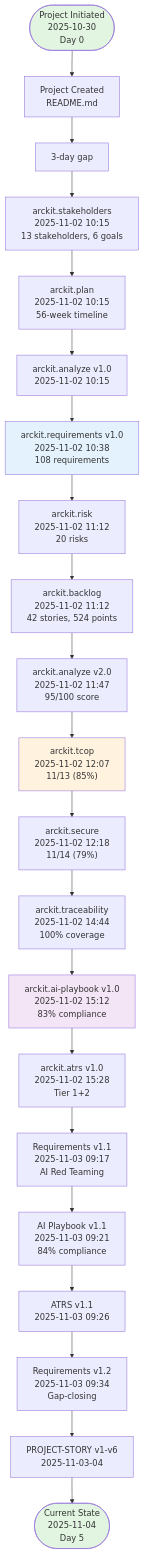
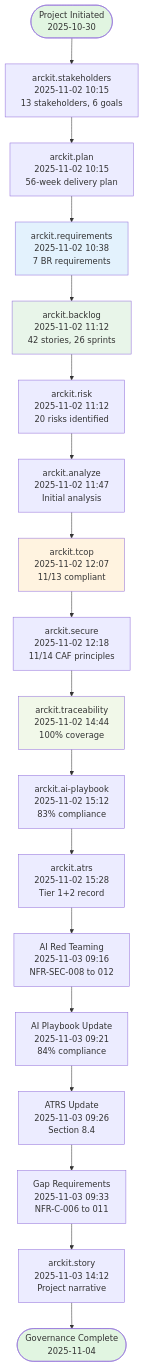
The second of 3 diagrams in projects/001-cabinet-office-genai/PROJECT-STORY.md (tractorjuice/arckit-test-project-v8-cabinet-office-genai), drawn with Mermaid before and after one commit. The commit also changed other lines of this file, not shown here.

First line of the commit message:
feat: PROJECT-STORY.md v7.0 - concise 648-line project story with updated template

````diff
--- a/projects/001-cabinet-office-genai/PROJECT-STORY.md
+++ b/projects/001-cabinet-office-genai/PROJECT-STORY.md
@@ -155,38 +99,37 @@
 ```mermaid
 flowchart TD
-    Start([Project Initiated<br/>2025-10-30<br/>Day 0]) --> README
+    Start(["Project Initiated<br/>2025-10-30"]) --> Stakeholders
 
-    README["Project Created<br/>README.md"] --> Wait[3-day gap]
-    Wait --> Stakeholders
+    Stakeholders["arckit.stakeholders<br/>2025-11-02 10:15<br/>13 stakeholders, 6 goals"] --> Plan
+    Plan["arckit.plan<br/>2025-11-02 10:15<br/>56-week delivery plan"] --> Requirements
 
-    Stakeholders["arckit.stakeholders<br/>2025-11-02 10:15<br/>13 stakeholders, 6 goals"] --> ProjPlan
-    ProjPlan["arckit.plan<br/>2025-11-02 10:15<br/>56-week timeline"] --> Analyze1
-    Analyze1["arckit.analyze v1.0<br/>2025-11-02 10:15"] --> Requirements
+    Requirements["arckit.requirements<br/>2025-11-02 10:38<br/>7 BR requirements"] --> Backlog
+    Backlog["arckit.backlog<br/>2025-11-02 11:12<br/>42 stories, 26 sprints"] --> Risk
+    Risk["arckit.risk<br/>2025-11-02 11:12<br/>20 risks identified"] --> Analyze1
 
-    Requirements["arckit.requirements v1.0<br/>2025-11-02 10:38<br/>108 requirements"] --> Risk
-    Risk["arckit.risk<br/>2025-11-02 11:12<br/>20 risks"] --> Backlog
-    Backlog["arckit.backlog<br/>2025-11-02 11:12<br/>42 stories, 524 points"] --> Analyze2
+    Analyze1["arckit.analyze<br/>2025-11-02 11:47<br/>Initial analysis"] --> TCoP
+    TCoP["arckit.tcop<br/>2025-11-02 12:07<br/>11/13 compliant"] --> Secure
 
-    Analyze2["arckit.analyze v2.0<br/>2025-11-02 11:47<br/>95/100 score"] --> TCoP
-    TCoP["arckit.tcop<br/>2025-11-02 12:07<br/>11/13 (85%)"] --> Secure
-    Secure["arckit.secure<br/>2025-11-02 12:18<br/>11/14 (79%)"] --> Trace
+    Secure["arckit.secure<br/>2025-11-02 12:18<br/>11/14 CAF principles"] --> Trace
+    Trace["arckit.traceability<br/>2025-11-02 14:44<br/>100% coverage"] --> AIPlaybook
 
-    Trace["arckit.traceability<br/>2025-11-02 14:44<br/>100% coverage"] --> AIPlaybook
-    AIPlaybook["arckit.ai-playbook v1.0<br/>2025-11-02 15:12<br/>83% compliance"] --> ATRS
-    ATRS["arckit.atrs v1.0<br/>2025-11-02 15:28<br/>Tier 1+2"] --> Req11
+    AIPlaybook["arckit.ai-playbook<br/>2025-11-02 15:12<br/>83% compliance"] --> ATRS
+    ATRS["arckit.atrs<br/>2025-11-02 15:28<br/>Tier 1+2 record"] --> RedTeam
 
-    Req11["Requirements v1.1<br/>2025-11-03 09:17<br/>AI Red Teaming"] --> AIPlaybook11
-    AIPlaybook11["AI Playbook v1.1<br/>2025-11-03 09:21<br/>84% compliance"] --> ATRS11
-    ATRS11["ATRS v1.1<br/>2025-11-03 09:26"] --> Req12
+    RedTeam["AI Red Teaming<br/>2025-11-03 09:16<br/>NFR-SEC-008 to 012"] --> AIUpdate
+    AIUpdate["AI Playbook Update<br/>2025-11-03 09:21<br/>84% compliance"] --> ATRSUpdate
 
-    Req12["Requirements v1.2<br/>2025-11-03 09:34<br/>Gap-closing"] --> Story
-    Story["PROJECT-STORY v1-v6<br/>2025-11-03-04"] --> End
+    ATRSUpdate["ATRS Update<br/>2025-11-03 09:26<br/>Section 8.4"] --> GapReqs
+    GapReqs["Gap Requirements<br/>2025-11-03 09:33<br/>NFR-C-006 to 011"] --> Story
 
-    End([Current State<br/>2025-11-04<br/>Day 5])
+    Story["arckit.story<br/>2025-11-03 14:12<br/>Project narrative"] --> End
+
+    End(["Governance Complete<br/>2025-11-04"])
 
     style Start fill:#e1f5e1
     style End fill:#e1f5e1
     style Requirements fill:#e3f2fd
+    style Backlog fill:#e8f5e9
     style TCoP fill:#fff3e0
-    style AIPlaybook fill:#f3e5f5
+    style Trace fill:#f1f8e9
 ```
````
